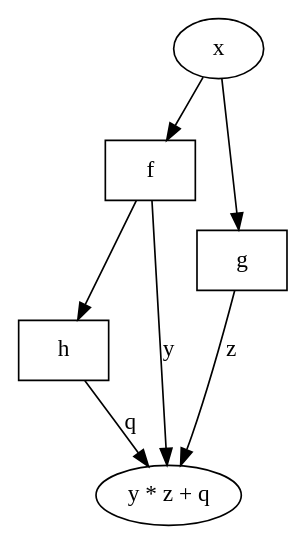
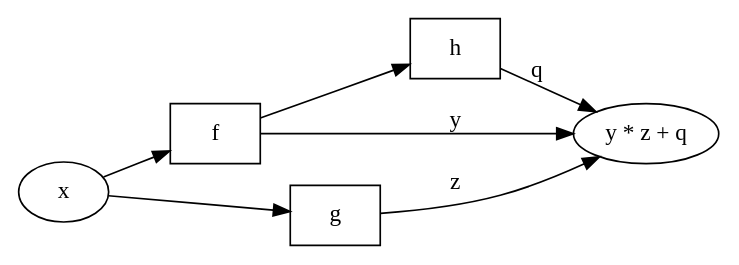
Before and after one commit to mstksg/inCode: the diagram in work/pararrow/proc1.dot, drawn with Graphviz. The commit also changed 4 other files, not shown here.

```diff
--- a/work/pararrow/proc1.dot
+++ b/work/pararrow/proc1.dot
@@ -1,21 +1,22 @@
 
 digraph {
 
     node [shape=box, fontname="palatino"] ;
     edge [fontname="palatino"] ;
+    graph [rankdir=LR] ;
 
 
     x [shape=oval] ;
     f ;
     g ;
     h ;
     r [shape=oval, label = "y * z + q"] ;
 
     x -> f ;
     f -> r [label = "y"] ;
     x -> g ;
     f -> h ;
     h -> r [label = "q"] ;
     g -> r [label = "z"] ;
 
 }
```
